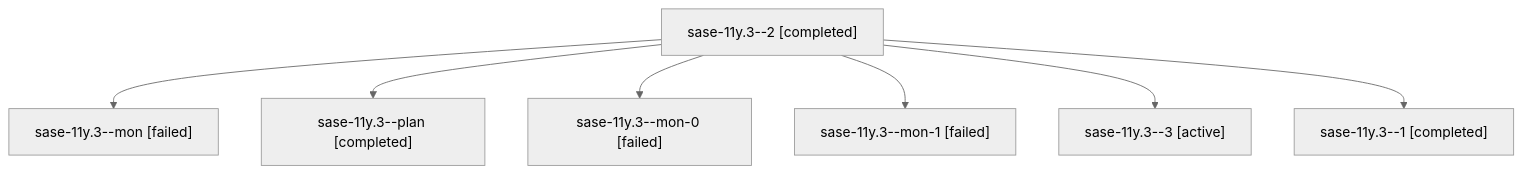
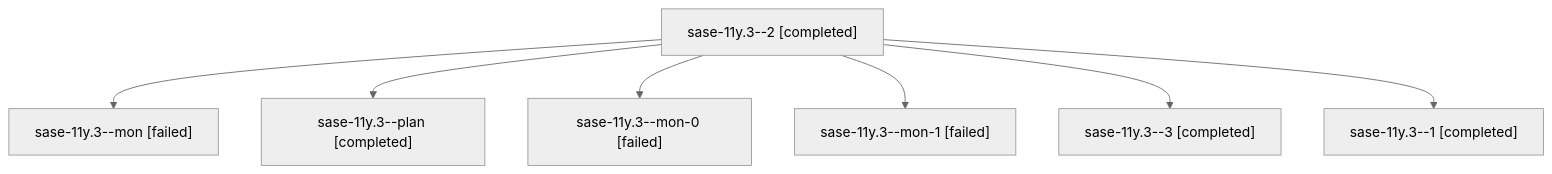
One commit to sase-org/sase--agents changed the diagram in families/bbugyi200.athena.sase-11y.3.md. Above: the diagram before and after it, drawn with Mermaid (neutral theme). The commit also changed other lines of this file and 27 other files, not shown here.

````diff
--- a/families/bbugyi200.athena.sase-11y.3.md
+++ b/families/bbugyi200.athena.sase-11y.3.md
@@ -9,16 +9,16 @@
 ```mermaid
 flowchart TD
   n0["sase-11y.3--2 [completed]"]
   n1["sase-11y.3--mon [failed]"]
   n0 --> n1
   n2["sase-11y.3--plan [completed]"]
   n0 --> n2
   n3["sase-11y.3--mon-0 [failed]"]
   n0 --> n3
   n4["sase-11y.3--mon-1 [failed]"]
   n0 --> n4
-  n5["sase-11y.3--3 [active]"]
+  n5["sase-11y.3--3 [completed]"]
   n0 --> n5
   n6["sase-11y.3--1 [completed]"]
   n0 --> n6
 ```
````
